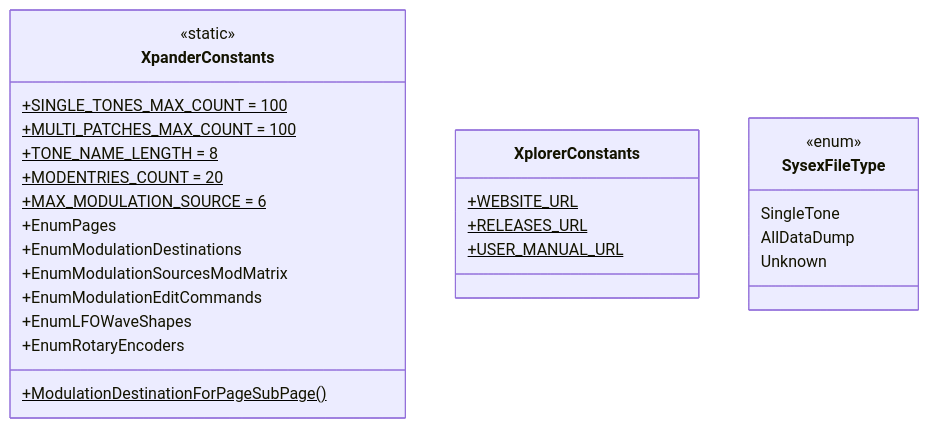
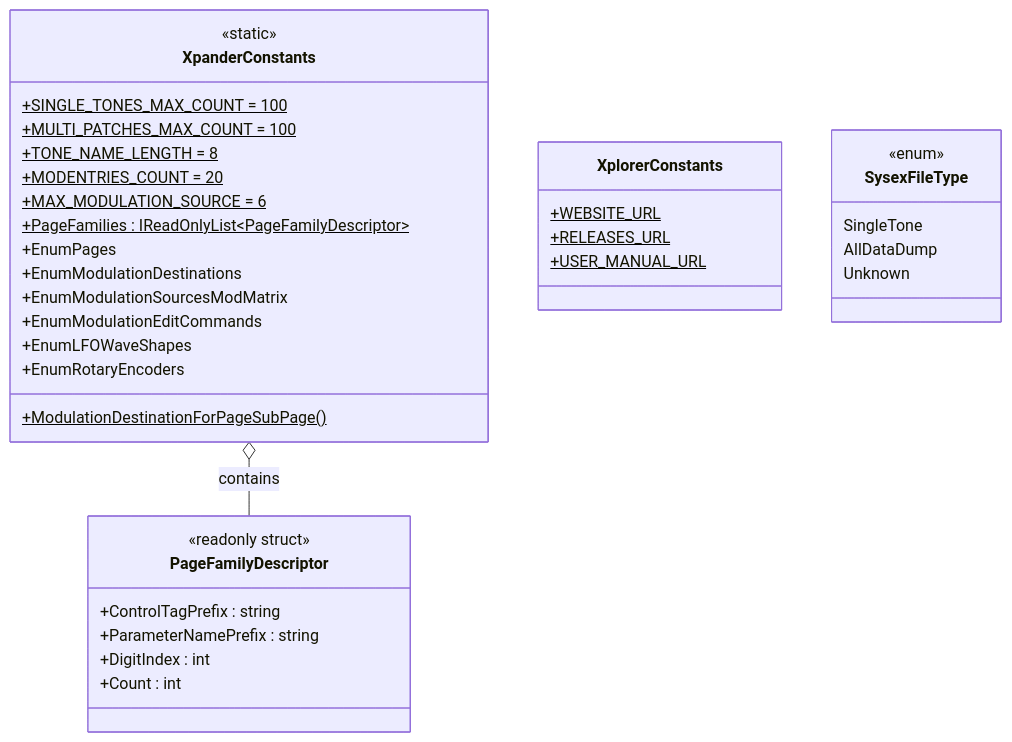
The tenth of 12 diagrams in Xplorer/docs/architecture-static.md (xplorer2716/XplorerEditor), drawn with Mermaid before and after one commit. The commit also changed other lines of this file and 1 other file, not shown here.

Commit message:
TASK-UI-005: update architecture docs — add TriggerRuleManager, PageRefreshManager, PageFamilyDescriptor, new dynamic flow diagrams

````diff
--- a/Xplorer/docs/architecture-static.md
+++ b/Xplorer/docs/architecture-static.md
@@ -551,33 +570,44 @@
 ```mermaid
 classDiagram
     direction TB
+
+    class PageFamilyDescriptor {
+        <<readonly struct>>
+        +ControlTagPrefix : string
+        +ParameterNamePrefix : string
+        +DigitIndex : int
+        +Count : int
+    }
 
     class XpanderConstants {
         <<static>>
         +SINGLE_TONES_MAX_COUNT = 100$
         +MULTI_PATCHES_MAX_COUNT = 100$
         +TONE_NAME_LENGTH = 8$
         +MODENTRIES_COUNT = 20$
         +MAX_MODULATION_SOURCE = 6$
+        +PageFamilies : IReadOnlyList~PageFamilyDescriptor~$
         +EnumPages
         +EnumModulationDestinations
         +EnumModulationSourcesModMatrix
         +EnumModulationEditCommands
         +EnumLFOWaveShapes
         +EnumRotaryEncoders
         +ModulationDestinationForPageSubPage()$
     }
 
     class XplorerConstants {
         +WEBSITE_URL$
         +RELEASES_URL$
         +USER_MANUAL_URL$
     }
 
     class SysexFileType {
         <<enum>>
         SingleTone
         AllDataDump
         Unknown
     }
+
+    XpanderConstants o-- PageFamilyDescriptor : contains
 ```
````
